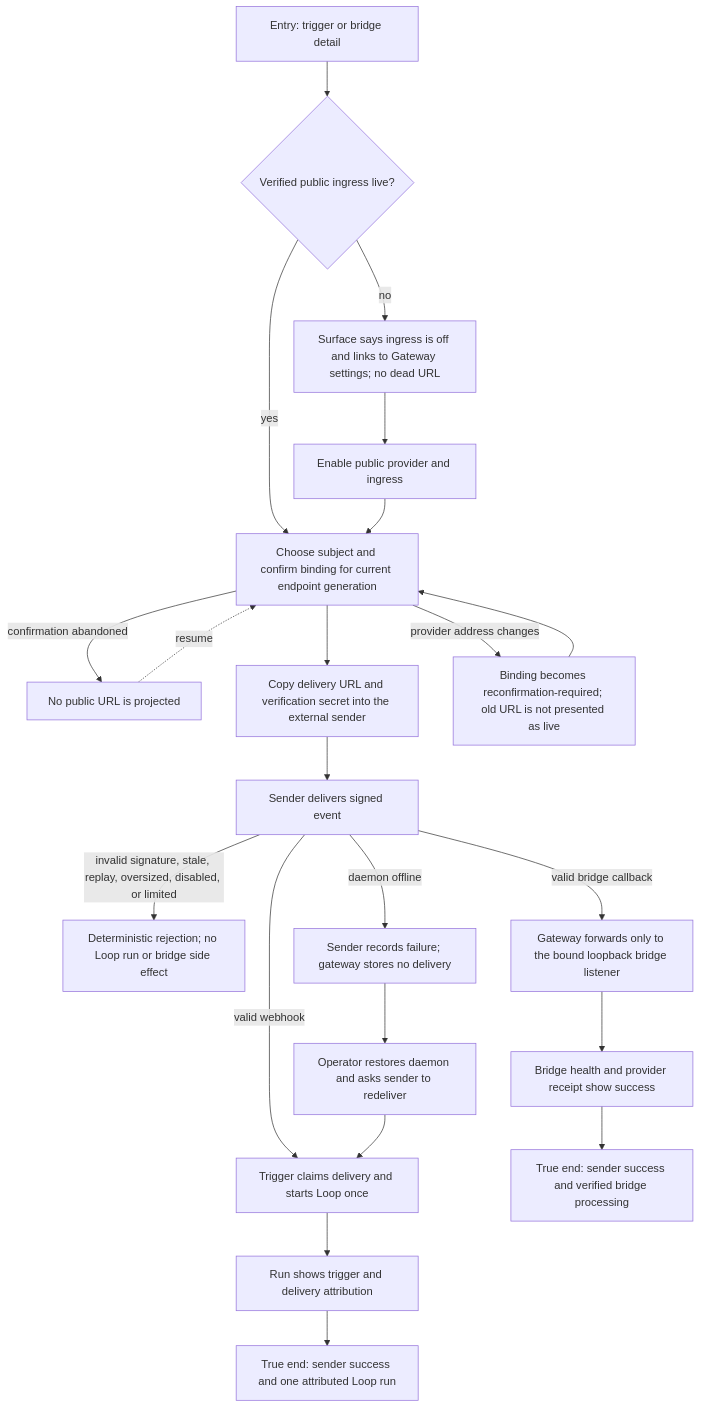
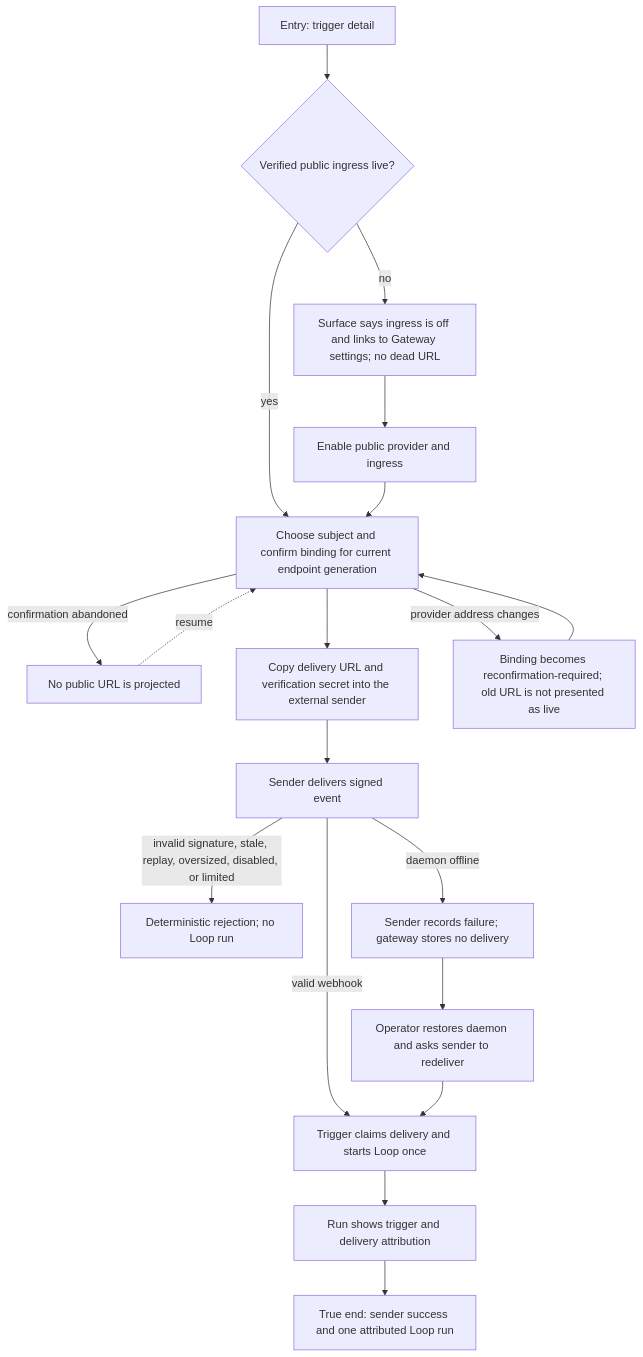
One commit to compozy/compozy changed the diagram in docs/qa/journeys/J-deliver-through-public-gateway.md. Above: the diagram before and after it, drawn with Mermaid. The commit also changed other lines of this file and 4091 other files, not shown here.

````diff
--- a/docs/qa/journeys/J-deliver-through-public-gateway.md
+++ b/docs/qa/journeys/J-deliver-through-public-gateway.md
@@ -5,24 +5,21 @@
 ```mermaid
 flowchart TD
-  A[Entry: trigger or bridge detail] --> B{Verified public ingress live?}
+  A[Entry: trigger detail] --> B{Verified public ingress live?}
   B -->|no| B1[Surface says ingress is off and links to Gateway settings; no dead URL]
   B1 --> C[Enable public provider and ingress]
   B -->|yes| D[Choose subject and confirm binding for current endpoint generation]
   C --> D
   D -->|confirmation abandoned| D1[No public URL is projected]
   D1 -.->|resume| D
   D --> E[Copy delivery URL and verification secret into the external sender]
   E --> F[Sender delivers signed event]
-  F -->|invalid signature, stale, replay, oversized, disabled, or limited| F1[Deterministic rejection; no Loop run or bridge side effect]
+  F -->|invalid signature, stale, replay, oversized, disabled, or limited| F1[Deterministic rejection; no Loop run]
   F -->|valid webhook| G[Trigger claims delivery and starts Loop once]
-  F -->|valid bridge callback| H[Gateway forwards only to the bound loopback bridge listener]
   G --> I[Run shows trigger and delivery attribution]
-  H --> J[Bridge health and provider receipt show success]
   F -->|daemon offline| K[Sender records failure; gateway stores no delivery]
   K --> L[Operator restores daemon and asks sender to redeliver]
   L --> G
   D -->|provider address changes| M[Binding becomes reconfirmation-required; old URL is not presented as live]
   M --> D
   I --> N[True end: sender success and one attributed Loop run]
-  J --> O[True end: sender success and verified bridge processing]
 ```
````
